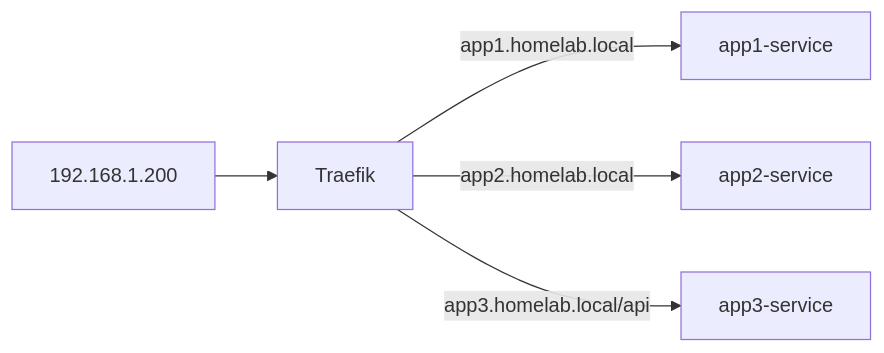
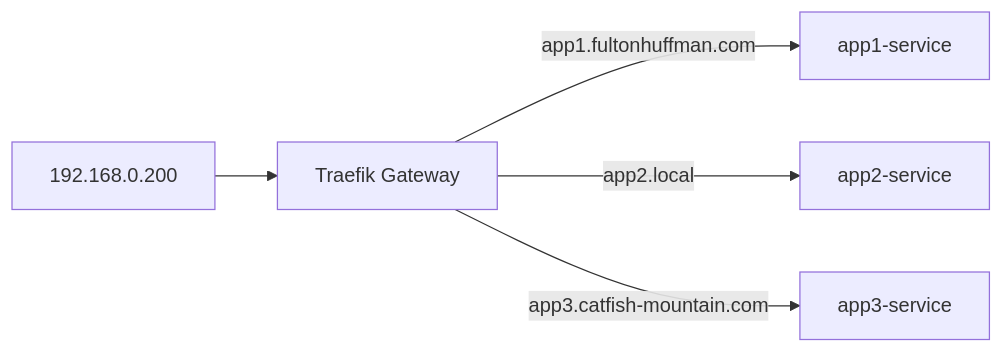
Before and after one commit to bafulton/homelab: the second of 2 diagrams in kubernetes/infra/README.md, drawn with Mermaid. The commit also changed other lines of this file and 12 other files, not shown here.

First line of the commit message:
Docs: move to Gateway API, domains & certs

````diff
--- a/kubernetes/infra/README.md
+++ b/kubernetes/infra/README.md
@@ -80,7 +103,7 @@
 ```mermaid
 flowchart LR
-    ip[192.168.1.200] --> traefik[Traefik]
-    traefik -->|app1.homelab.local| app1[app1-service]
-    traefik -->|app2.homelab.local| app2[app2-service]
-    traefik -->|app3.homelab.local/api| app3[app3-service]
+    ip[192.168.0.200] --> gateway[Traefik Gateway]
+    gateway -->|app1.fultonhuffman.com| app1[app1-service]
+    gateway -->|app2.local| app2[app2-service]
+    gateway -->|app3.catfish-mountain.com| app3[app3-service]
 ```
````
